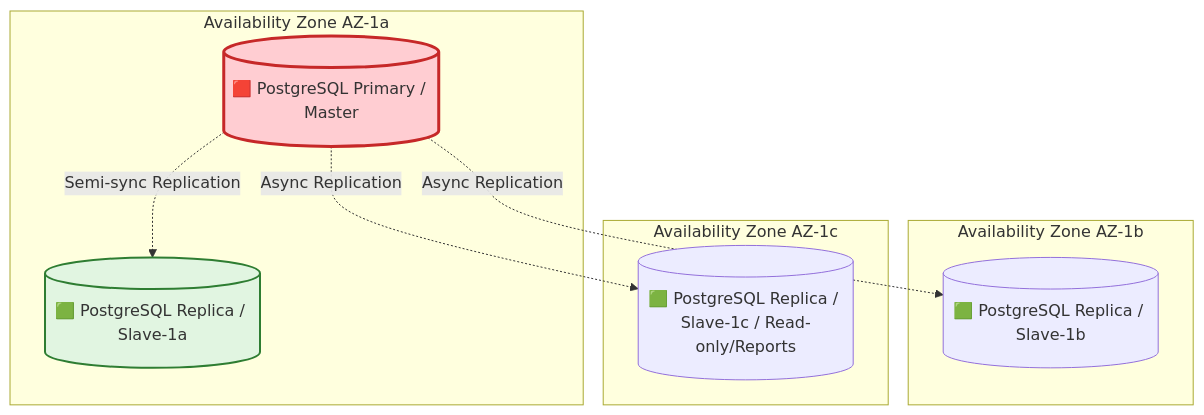
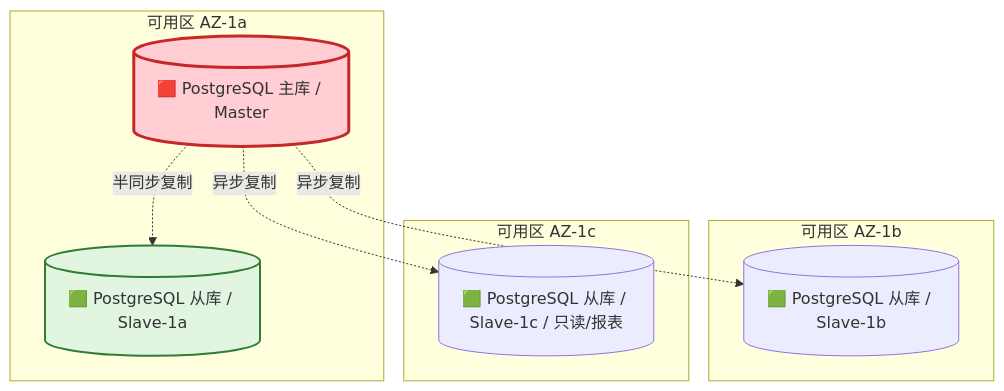
The tenth of 11 diagrams in templates/Product/Technology/Template-DB-Design.md (Kirky-X/cangjie), drawn with Mermaid before and after one commit. The commit also changed other lines of this file and 33 other files, not shown here.

````diff
--- a/templates/Product/Technology/Template-DB-Design.md
+++ b/templates/Product/Technology/Template-DB-Design.md
@@ -614,22 +614,22 @@
 ```mermaid
 graph TB
-    subgraph Availability Zone AZ-1a
-        M1[(🟥 PostgreSQL Primary / Master)]
-        S1A[(🟩 PostgreSQL Replica / Slave-1a)]
+    subgraph 可用区 AZ-1a
+        M1[(🟥 PostgreSQL 主库 / Master)]
+        S1A[(🟩 PostgreSQL 从库 / Slave-1a)]
     end
 
-    subgraph Availability Zone AZ-1b
-        S1B[(🟩 PostgreSQL Replica / Slave-1b)]
+    subgraph 可用区 AZ-1b
+        S1B[(🟩 PostgreSQL 从库 / Slave-1b)]
     end
 
-    subgraph Availability Zone AZ-1c
-        S1C[(🟩 PostgreSQL Replica / Slave-1c / Read-only/Reports)]
+    subgraph 可用区 AZ-1c
+        S1C[(🟩 PostgreSQL 从库 / Slave-1c / 只读/报表)]
     end
 
-    M1 -.->|Semi-sync Replication| S1A
-    M1 -.->|Async Replication| S1B
-    M1 -.->|Async Replication| S1C
+    M1 -.->|半同步复制| S1A
+    M1 -.->|异步复制| S1B
+    M1 -.->|异步复制| S1C
 
     style M1 fill:#ffcdd2,stroke:#c62828,stroke-width:3px
     style S1A fill:#e1f5e1,stroke:#2e7d32,stroke-width:2px
 ```
````
